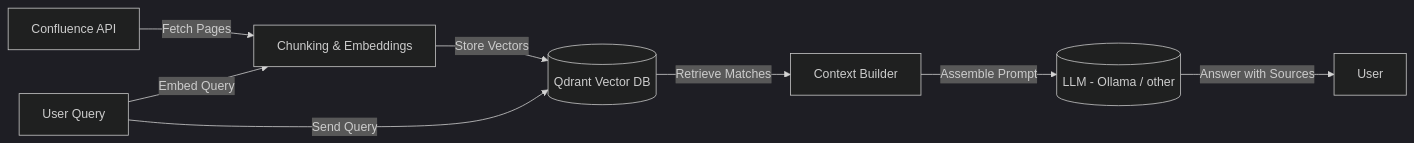
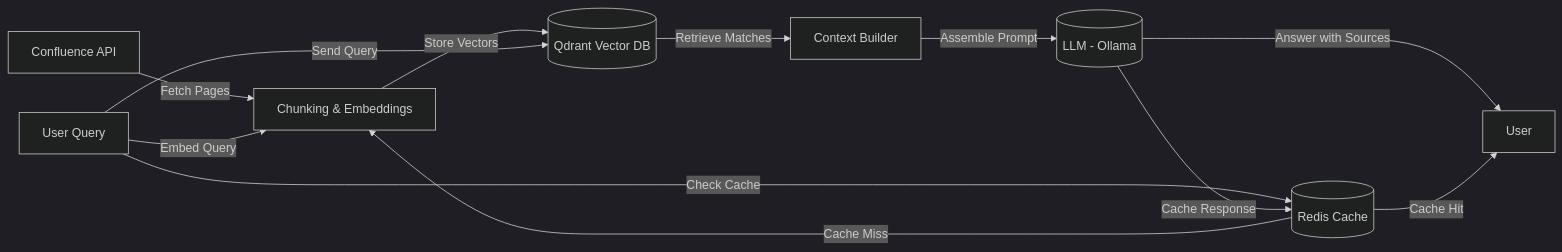
One commit to FlavorFlav-github/confluence-sementic-search changed the diagram in README.md. Above: the diagram before and after it, drawn with Mermaid (dark theme). The commit also changed other lines of this file and 15 other files, not shown here.

````diff
--- a/README.md
+++ b/README.md
@@ -34,10 +39,14 @@
 ```mermaid
 flowchart LR
     A[Confluence API] -->|Fetch Pages| B[Chunking & Embeddings]
     B -->|Store Vectors| C[(Qdrant Vector DB)]
-    D[User Query] -->|Embed Query| B
+    D[User Query] -->|Check Cache| E[(Redis Cache)]
+    E -->|Cache Miss| B
+    D -->|Embed Query| B
     D -->|Send Query| C
-    C -->|Retrieve Matches| E[Context Builder]
-    E -->|Assemble Prompt| F[(LLM - Ollama / other)]
-    F -->|Answer with Sources| G[User]
+    C -->|Retrieve Matches| F[Context Builder]
+    F -->|Assemble Prompt| G[(LLM - Ollama)]
+    G -->|Cache Response| E
+    G -->|Answer with Sources| H[User]
+    E -->|Cache Hit| H
 ```
````
